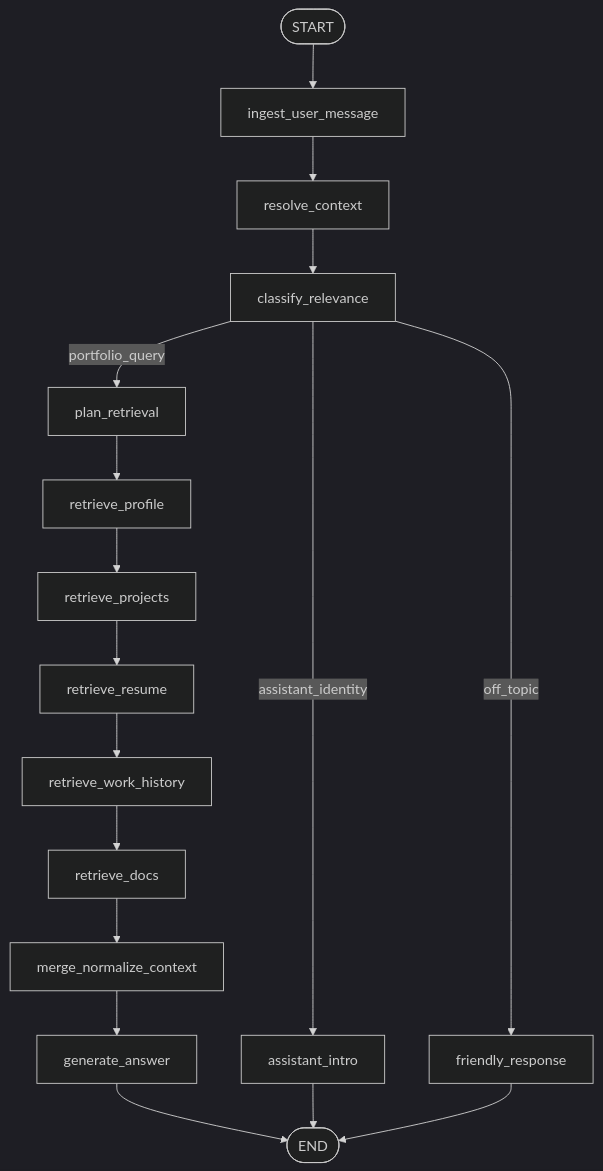
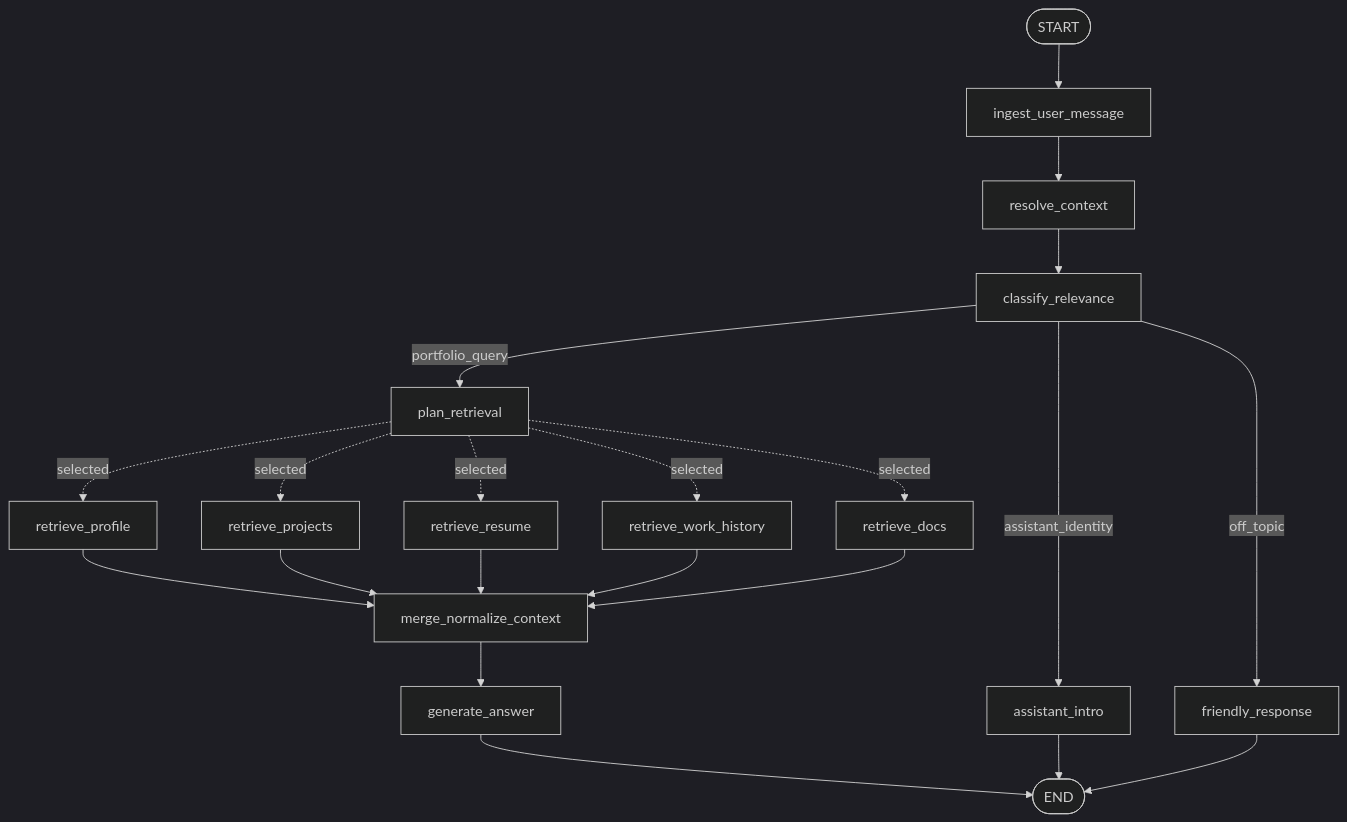
Before and after one commit to yubi00/portfolio-assistant-langgraph: the second of 2 diagrams in LANGGRAPH_ARCHITECTURE.md, drawn with Mermaid (dark theme). The commit also changed other lines of this file and 6 other files, not shown here.

````diff
--- a/LANGGRAPH_ARCHITECTURE.md
+++ b/LANGGRAPH_ARCHITECTURE.md
@@ -58,21 +58,25 @@
 ```mermaid
 flowchart TD
     START([START]) --> Ingest[ingest_user_message]
     Ingest --> Resolve[resolve_context]
     Resolve --> Classify[classify_relevance]
 
     Classify -->|portfolio_query| Plan[plan_retrieval]
     Classify -->|assistant_identity| Intro[assistant_intro]
     Classify -->|off_topic| Friendly[friendly_response]
 
-    Plan --> Profile[retrieve_profile]
-    Profile --> Projects[retrieve_projects]
-    Projects --> Resume[retrieve_resume]
-    Resume --> Work[retrieve_work_history]
-    Work --> Docs[retrieve_docs]
-    Docs --> Merge[merge_normalize_context]
+    Plan -. selected .-> Profile[retrieve_profile]
+    Plan -. selected .-> Projects[retrieve_projects]
+    Plan -. selected .-> Resume[retrieve_resume]
+    Plan -. selected .-> Work[retrieve_work_history]
+    Plan -. selected .-> Docs[retrieve_docs]
+    Profile --> Merge[merge_normalize_context]
+    Projects --> Merge
+    Resume --> Merge
+    Work --> Merge
+    Docs --> Merge
     Merge --> Answer[generate_answer]
     Answer --> END([END])
     Intro --> END
     Friendly --> END
 ```
````
